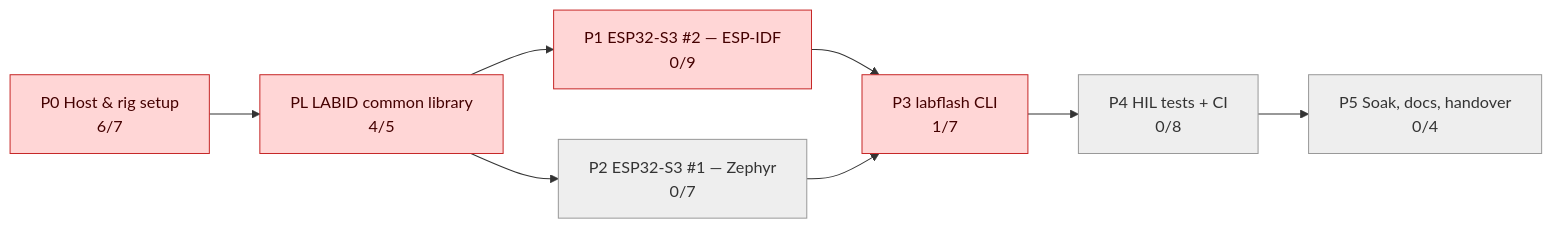
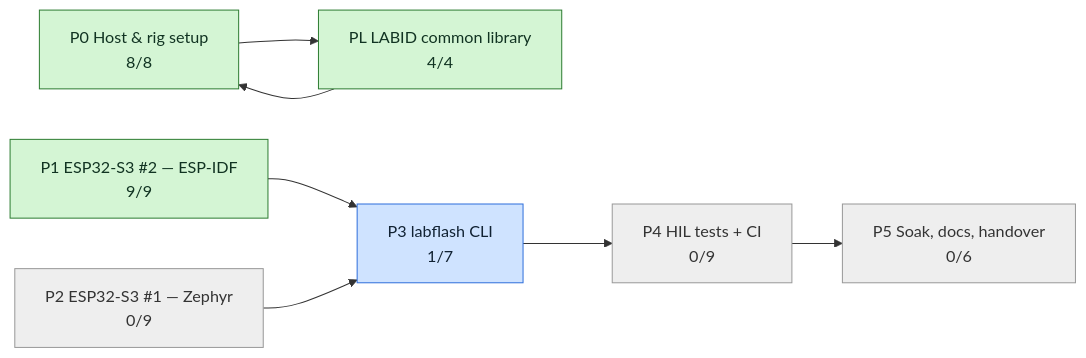
The second of 3 diagrams in tickets/TICKETS.md (mohamed-soubhi/bootlab-esp), drawn with Mermaid before and after one commit. The commit also changed other lines of this file and 8 other files, not shown here.

First line of the commit message:
plan: replan — IDF board first (per-board tracks, suffix split), then lessons, then Zephyr

````diff
--- a/tickets/TICKETS.md
+++ b/tickets/TICKETS.md
@@ -32,21 +34,20 @@
 ```mermaid
 flowchart LR
-    E0["P0 Host & rig setup<br/>6/7"]:::blocked
-    EL["PL LABID common library<br/>4/5"]:::blocked
-    E1["P1 ESP32-S3 #2 — ESP-IDF<br/>0/9"]:::blocked
-    E2["P2 ESP32-S3 #1 — Zephyr<br/>0/7"]:::todo
-    E3["P3 labflash CLI<br/>1/7"]:::blocked
-    E4["P4 HIL tests + CI<br/>0/8"]:::todo
-    E5["P5 Soak, docs, handover<br/>0/4"]:::todo
+    E0["P0 Host & rig setup<br/>8/8"]:::done
+    EL["PL LABID common library<br/>4/4"]:::done
+    E1["P1 ESP32-S3 #2 — ESP-IDF<br/>9/9"]:::done
+    E2["P2 ESP32-S3 #1 — Zephyr<br/>0/9"]:::todo
+    E3["P3 labflash CLI<br/>1/7"]:::doing
+    E4["P4 HIL tests + CI<br/>0/9"]:::todo
+    E5["P5 Soak, docs, handover<br/>0/6"]:::todo
     E0 --> EL
     E1 --> E3
     E2 --> E3
     E3 --> E4
     E4 --> E5
-    EL --> E1
-    EL --> E2
+    EL --> E0
     classDef todo fill:#eeeeee,stroke:#999,color:#333
     classDef doing fill:#cfe3ff,stroke:#2f6fdb,color:#123
     classDef blocked fill:#ffd6d6,stroke:#c62828,color:#400
     classDef done fill:#d4f5d4,stroke:#2e7d32,color:#132
 ```
````
